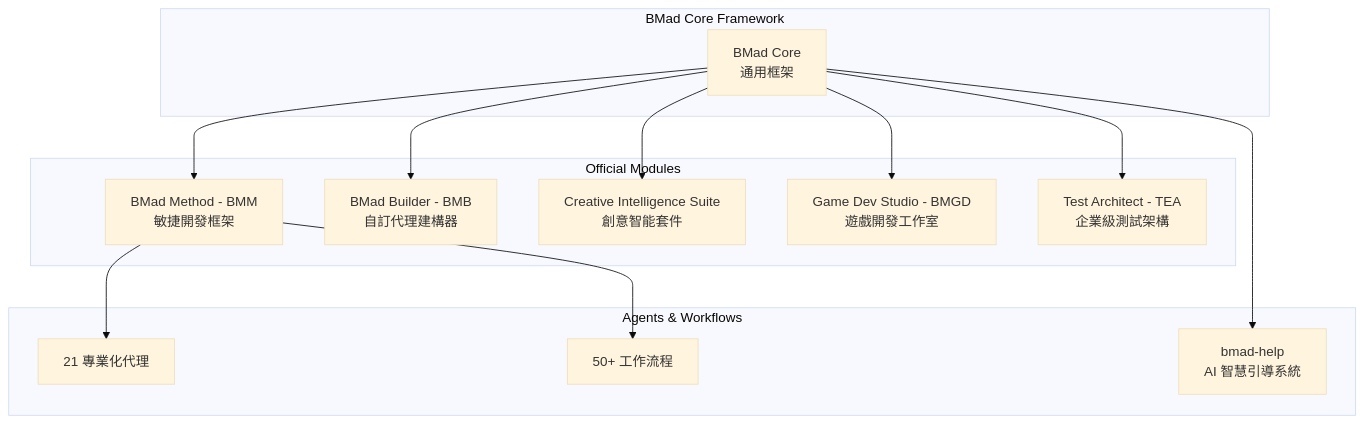
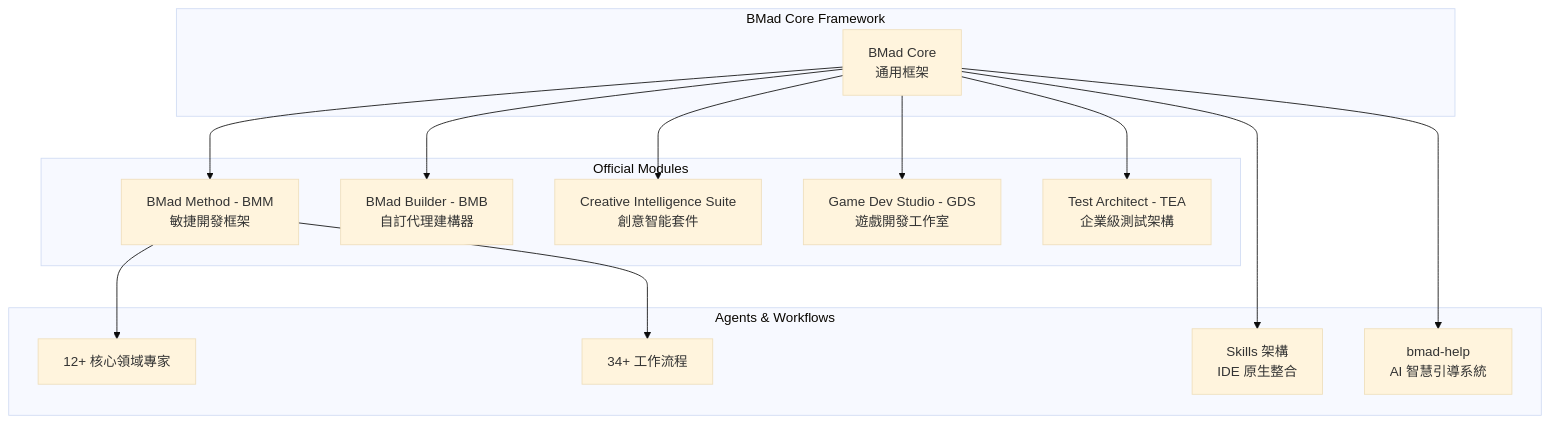
The first of 20 diagrams in content/posts/教學/AI開發/BMAD-METHOD使用教學.md (chihhung/Blog), drawn with Mermaid (base theme) before and after one commit. The commit also changed other lines of this file and 3 other files, not shown here.

````diff
--- a/content/posts/教學/AI開發/BMAD-METHOD使用教學.md
+++ b/content/posts/教學/AI開發/BMAD-METHOD使用教學.md
@@ -140,29 +166,31 @@
 ```mermaid
 graph TB
     subgraph "BMad Core Framework"
         CORE[BMad Core<br/>通用框架]
     end
     
     subgraph "Official Modules"
         BMM[BMad Method - BMM<br/>敏捷開發框架]
         BMB[BMad Builder - BMB<br/>自訂代理建構器]
         CIS[Creative Intelligence Suite<br/>創意智能套件]
-        BMGD[Game Dev Studio - BMGD<br/>遊戲開發工作室]
+        GDS[Game Dev Studio - GDS<br/>遊戲開發工作室]
         TEA[Test Architect - TEA<br/>企業級測試架構]
     end
     
     subgraph "Agents & Workflows"
-        AGENTS[21 專業化代理]
-        WORKFLOWS[50+ 工作流程]
+        AGENTS[12+ 核心領域專家]
+        WORKFLOWS[34+ 工作流程]
+        SKILLS[Skills 架構<br/>IDE 原生整合]
         HELP[bmad-help<br/>AI 智慧引導系統]
     end
     
     CORE --> BMM
     CORE --> BMB
     CORE --> CIS
-    CORE --> BMGD
+    CORE --> GDS
     CORE --> TEA
     BMM --> AGENTS
     BMM --> WORKFLOWS
+    CORE --> SKILLS
     CORE --> HELP
 ```
````
